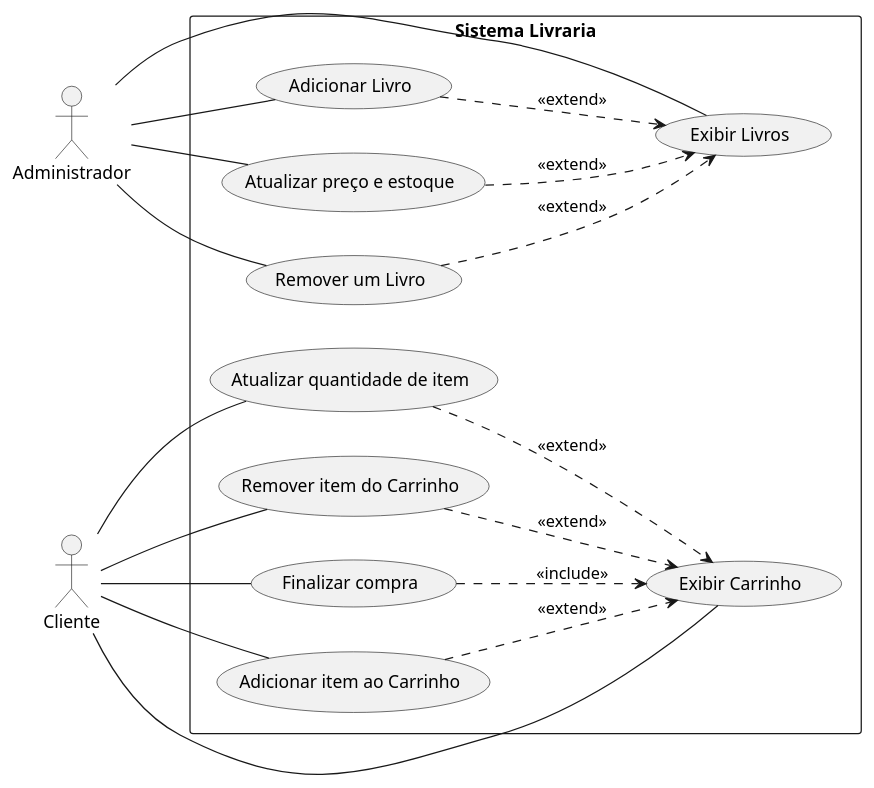
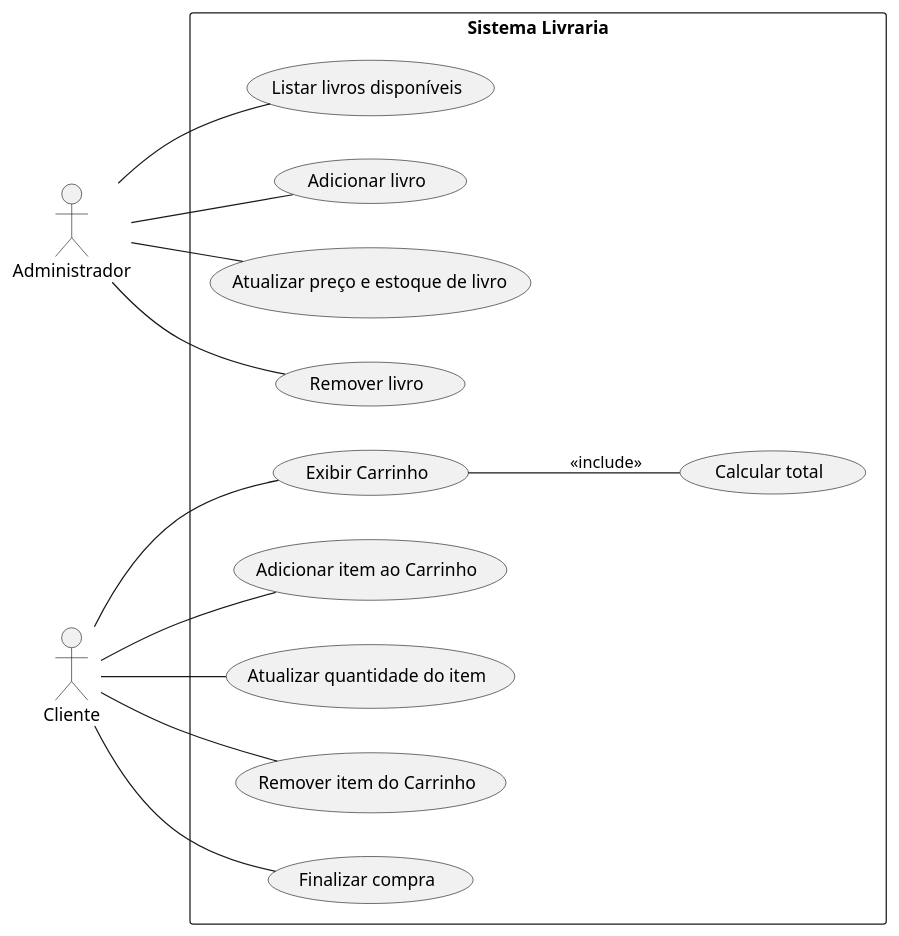
The diagram in diagrams/useCases.plantuml (GamaRafa/Livraria), drawn with PlantUML before and after one commit. The commit also changed 3 other files, not shown here.

Commit message:
improving diagrams

```diff
--- a/diagrams/useCases.plantuml
+++ b/diagrams/useCases.plantuml
@@ -1,40 +1,33 @@
 @startuml useCases
 left to right direction
-
 actor Administrador
 actor Cliente
 
 rectangle "Sistema Livraria" {
-  (Exibir Livros) as getBooks
-  (Adicionar Livro) as addLivro
-  (Atualizar preço e estoque) as updateBook
-  (Remover um Livro) as deleteBook
+  (Listar livros disponíveis) as showBooks
+  (Adicionar livro) as addBook
+  (Atualizar preço e estoque de livro) as updateBook
+  (Remover livro) as deleteBook
 
+  (Exibir Carrinho) as showCart
   (Adicionar item ao Carrinho) as addToCart
-  (Exibir Carrinho) as showCart
-  (Atualizar quantidade de item) as updateItem
+  (Atualizar quantidade do item) as updateItem
   (Remover item do Carrinho) as removeFromCart
   (Finalizar compra) as endPurchase
+  'caso não visível ao usuário, mas usado internamente
+  (Calcular total) as calculateTotal
 
-  Administrador -- addLivro
+  Administrador -- showBooks
+  Administrador -- addBook
   Administrador -- updateBook
   Administrador -- deleteBook
-  Administrador -- getBooks
 
-
+  Cliente -- showCart
   Cliente -- addToCart
-  Cliente -- showCart
   Cliente -- updateItem
   Cliente -- removeFromCart
   Cliente -- endPurchase
 
-  endPurchase ..> showCart : <<include>>
-  addToCart ..> showCart : <<extend>>
-  updateItem ..> showCart : <<extend>>
-  removeFromCart ..> showCart : <<extend>>
-
-  addLivro ..> getBooks : <<extend>>
-  updateBook ..> getBooks : <<extend>>
-  deleteBook ..> getBooks : <<extend>>
+  showCart -- calculateTotal : <<include>>
 }
 @enduml
```
